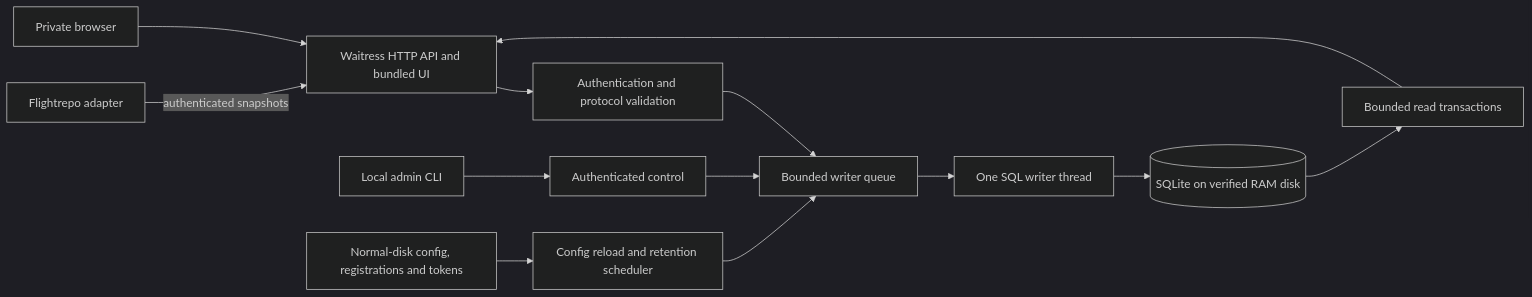
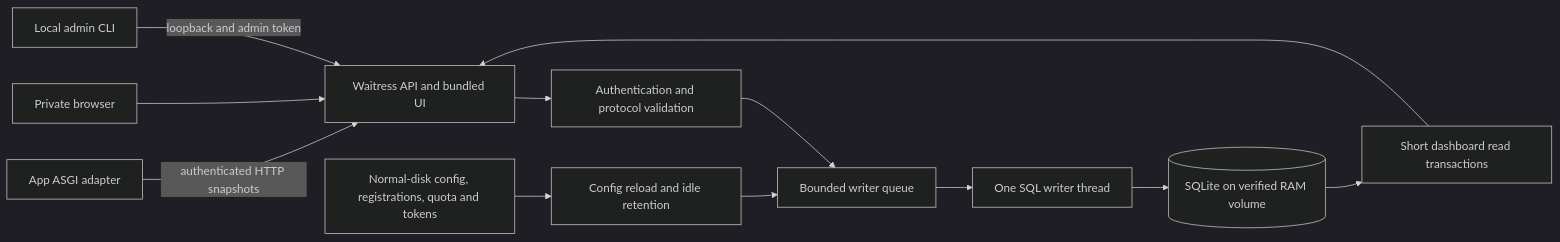
The diagram in docs/runtime-storage-design.md (lichen-liu/bobowatch), drawn with Mermaid (dark theme) before and after one commit. The commit also changed other lines of this file and 8 other files, not shown here.

````diff
--- a/docs/runtime-storage-design.md
+++ b/docs/runtime-storage-design.md
@@ -191,15 +8,14 @@
 ```mermaid
 flowchart LR
-  F[Flightrepo adapter] -->|authenticated snapshots| H[Waitress HTTP API and bundled UI]
+  F[App ASGI adapter] -->|authenticated HTTP snapshots| H[Waitress API and bundled UI]
   B[Private browser] --> H
   H --> V[Authentication and protocol validation]
   V --> Q[Bounded writer queue]
-  A[Local admin CLI] --> C[Authenticated control]
-  C --> Q
-  T[Config reload and retention scheduler] --> Q
+  A[Local admin CLI] -->|loopback and admin token| H
+  T[Config reload and idle retention] --> Q
   Q --> W[One SQL writer thread]
-  W --> R[(SQLite on verified RAM disk)]
-  R --> D[Bounded read transactions]
+  W --> R[(SQLite on verified RAM volume)]
+  R --> D[Short dashboard read transactions]
   D --> H
-  P[Normal-disk config, registrations and tokens] --> T
+  P[Normal-disk config, registrations, quota and tokens] --> T
 ```
````
